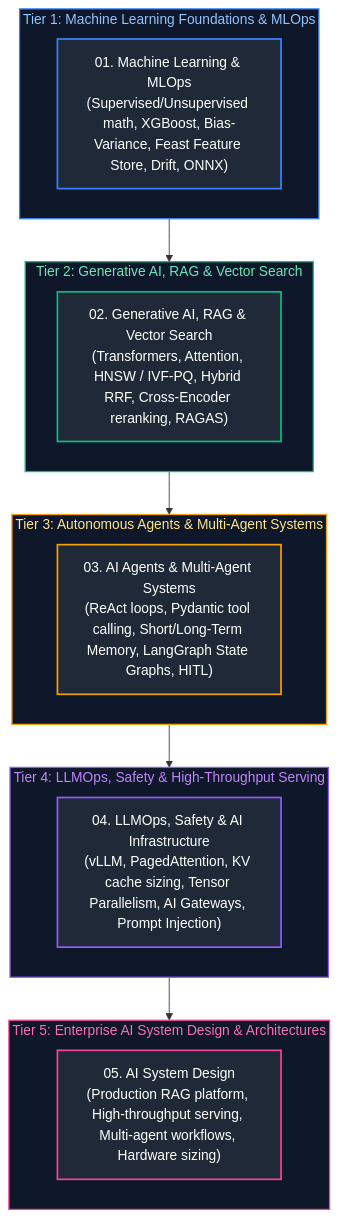
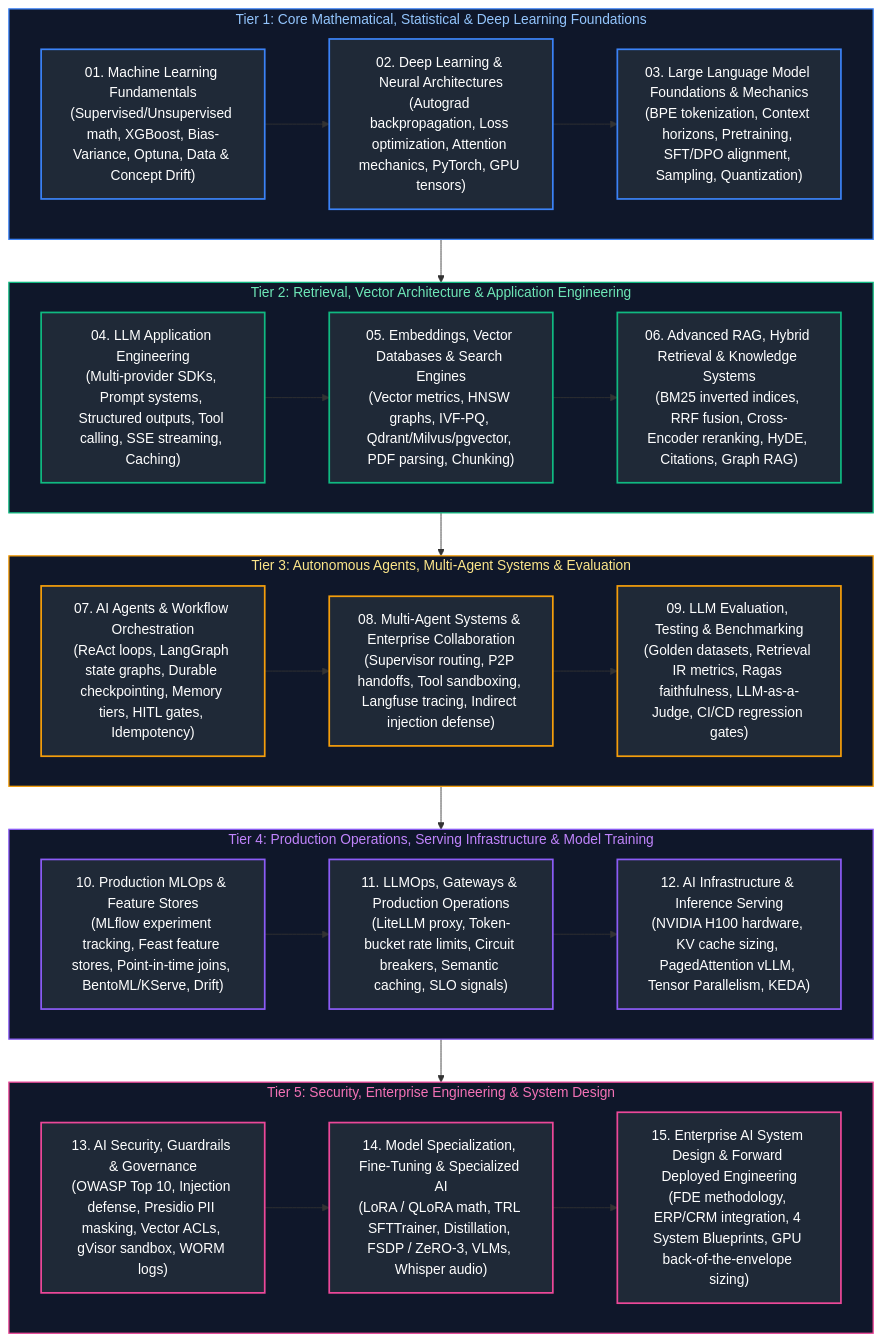
One commit to joydeep-biswas/Interview-Preparation changed the diagram in AI Engineering/00_ai_study_guide_and_index.md. Above: the diagram before and after it, drawn with Mermaid. The commit also changed other lines of this file and 113 other files, not shown here.

````diff
--- a/AI Engineering/00_ai_study_guide_and_index.md
+++ b/AI Engineering/00_ai_study_guide_and_index.md
@@ -11,39 +11,59 @@
 ```mermaid
 flowchart TD
-    subgraph MLFoundationsTier ["Tier 1: Machine Learning Foundations & MLOps"]
-        M1["01. Machine Learning & MLOps<br/>(Supervised/Unsupervised math, XGBoost, Bias-Variance, Feast Feature Store, Drift, ONNX)"]
+    subgraph Tier1 ["Tier 1: Core Mathematical, Statistical & Deep Learning Foundations"]
+        M1["01. Machine Learning Fundamentals<br/>(Supervised/Unsupervised math, XGBoost, Bias-Variance, Optuna, Data & Concept Drift)"]
+        --> M2["02. Deep Learning & Neural Architectures<br/>(Autograd backpropagation, Loss optimization, Attention mechanics, PyTorch, GPU tensors)"]
+        --> M3["03. Large Language Model Foundations & Mechanics<br/>(BPE tokenization, Context horizons, Pretraining, SFT/DPO alignment, Sampling, Quantization)"]
     end
 
-    subgraph GenAIRAGTier ["Tier 2: Generative AI, RAG & Vector Search"]
-        M2["02. Generative AI, RAG & Vector Search<br/>(Transformers, Attention, HNSW / IVF-PQ, Hybrid RRF, Cross-Encoder reranking, RAGAS)"]
+    subgraph Tier2 ["Tier 2: Retrieval, Vector Architecture & Application Engineering"]
+        M4["04. LLM Application Engineering<br/>(Multi-provider SDKs, Prompt systems, Structured outputs, Tool calling, SSE streaming, Caching)"]
+        --> M5["05. Embeddings, Vector Databases & Search Engines<br/>(Vector metrics, HNSW graphs, IVF-PQ, Qdrant/Milvus/pgvector, PDF parsing, Chunking)"]
+        --> M6["06. Advanced RAG, Hybrid Retrieval & Knowledge Systems<br/>(BM25 inverted indices, RRF fusion, Cross-Encoder reranking, HyDE, Citations, Graph RAG)"]
     end
 
-    subgraph CognitiveAgentsTier ["Tier 3: Autonomous Agents & Multi-Agent Systems"]
-        M3["03. AI Agents & Multi-Agent Systems<br/>(ReAct loops, Pydantic tool calling, Short/Long-Term Memory, LangGraph State Graphs, HITL)"]
+    subgraph Tier3 ["Tier 3: Autonomous Agents, Multi-Agent Systems & Evaluation"]
+        M7["07. AI Agents & Workflow Orchestration<br/>(ReAct loops, LangGraph state graphs, Durable checkpointing, Memory tiers, HITL gates, Idempotency)"]
+        --> M8["08. Multi-Agent Systems & Enterprise Collaboration<br/>(Supervisor routing, P2P handoffs, Tool sandboxing, Langfuse tracing, Indirect injection defense)"]
+        --> M9["09. LLM Evaluation, Testing & Benchmarking<br/>(Golden datasets, Retrieval IR metrics, Ragas faithfulness, LLM-as-a-Judge, CI/CD regression gates)"]
     end
 
-    subgraph LLMOpsInfraTier ["Tier 4: LLMOps, Safety & High-Throughput Serving"]
-        M4["04. LLMOps, Safety & AI Infrastructure<br/>(vLLM, PagedAttention, KV cache sizing, Tensor Parallelism, AI Gateways, Prompt Injection)"]
+    subgraph Tier4 ["Tier 4: Production Operations, Serving Infrastructure & Model Training"]
+        M10["10. Production MLOps & Feature Stores<br/>(MLflow experiment tracking, Feast feature stores, Point-in-time joins, BentoML/KServe, Drift)"]
+        --> M11["11. LLMOps, Gateways & Production Operations<br/>(LiteLLM proxy, Token-bucket rate limits, Circuit breakers, Semantic caching, SLO signals)"]
+        --> M12["12. AI Infrastructure & Inference Serving<br/>(NVIDIA H100 hardware, KV cache sizing, PagedAttention vLLM, Tensor Parallelism, KEDA)"]
     end
 
-    subgraph AISystemDesignTier ["Tier 5: Enterprise AI System Design & Architectures"]
-        M5["05. AI System Design<br/>(Production RAG platform, High-throughput serving, Multi-agent workflows, Hardware sizing)"]
+    subgraph Tier5 ["Tier 5: Security, Enterprise Engineering & System Design"]
+        M13["13. AI Security, Guardrails & Governance<br/>(OWASP Top 10, Injection defense, Presidio PII masking, Vector ACLs, gVisor sandbox, WORM logs)"]
+        --> M14["14. Model Specialization, Fine-Tuning & Specialized AI<br/>(LoRA / QLoRA math, TRL SFTTrainer, Distillation, FSDP / ZeRO-3, VLMs, Whisper audio)"]
+        --> M15["15. Enterprise AI System Design & Forward Deployed Engineering<br/>(FDE methodology, ERP/CRM integration, 4 System Blueprints, GPU back-of-the-envelope sizing)"]
     end
 
-    MLFoundationsTier --> GenAIRAGTier
-    GenAIRAGTier --> CognitiveAgentsTier
-    CognitiveAgentsTier --> LLMOpsInfraTier
-    LLMOpsInfraTier --> AISystemDesignTier
+    Tier1 --> Tier2
+    Tier2 --> Tier3
+    Tier3 --> Tier4
+    Tier4 --> Tier5
 
-    style MLFoundationsTier fill:#0f172a,stroke:#3b82f6,stroke-width:1.5px,color:#93c5fd
-    style GenAIRAGTier fill:#0f172a,stroke:#10b981,stroke-width:1.5px,color:#6ee7b7
-    style CognitiveAgentsTier fill:#0f172a,stroke:#f59e0b,stroke-width:1.5px,color:#fde68a
-    style LLMOpsInfraTier fill:#0f172a,stroke:#8b5cf6,stroke-width:1.5px,color:#c084fc
-    style AISystemDesignTier fill:#0f172a,stroke:#ec4899,stroke-width:1.5px,color:#f472b6
+    style Tier1 fill:#0f172a,stroke:#3b82f6,stroke-width:1.5px,color:#93c5fd
+    style Tier2 fill:#0f172a,stroke:#10b981,stroke-width:1.5px,color:#6ee7b7
+    style Tier3 fill:#0f172a,stroke:#f59e0b,stroke-width:1.5px,color:#fde68a
+    style Tier4 fill:#0f172a,stroke:#8b5cf6,stroke-width:1.5px,color:#c084fc
+    style Tier5 fill:#0f172a,stroke:#ec4899,stroke-width:1.5px,color:#f472b6
 
     style M1 fill:#1f2937,stroke:#3b82f6,stroke-width:2px,color:#fff
-    style M2 fill:#1f2937,stroke:#10b981,stroke-width:2px,color:#fff
-    style M3 fill:#1f2937,stroke:#f59e0b,stroke-width:2px,color:#fff
-    style M4 fill:#1f2937,stroke:#8b5cf6,stroke-width:2px,color:#fff
-    style M5 fill:#1f2937,stroke:#ec4899,stroke-width:2px,color:#fff
+    style M2 fill:#1f2937,stroke:#3b82f6,stroke-width:2px,color:#fff
+    style M3 fill:#1f2937,stroke:#3b82f6,stroke-width:2px,color:#fff
+    style M4 fill:#1f2937,stroke:#10b981,stroke-width:2px,color:#fff
+    style M5 fill:#1f2937,stroke:#10b981,stroke-width:2px,color:#fff
+    style M6 fill:#1f2937,stroke:#10b981,stroke-width:2px,color:#fff
+    style M7 fill:#1f2937,stroke:#f59e0b,stroke-width:2px,color:#fff
+    style M8 fill:#1f2937,stroke:#f59e0b,stroke-width:2px,color:#fff
+    style M9 fill:#1f2937,stroke:#f59e0b,stroke-width:2px,color:#fff
+    style M10 fill:#1f2937,stroke:#8b5cf6,stroke-width:2px,color:#fff
+    style M11 fill:#1f2937,stroke:#8b5cf6,stroke-width:2px,color:#fff
+    style M12 fill:#1f2937,stroke:#8b5cf6,stroke-width:2px,color:#fff
+    style M13 fill:#1f2937,stroke:#ec4899,stroke-width:2px,color:#fff
+    style M14 fill:#1f2937,stroke:#ec4899,stroke-width:2px,color:#fff
+    style M15 fill:#1f2937,stroke:#ec4899,stroke-width:2px,color:#fff
 ```
````
